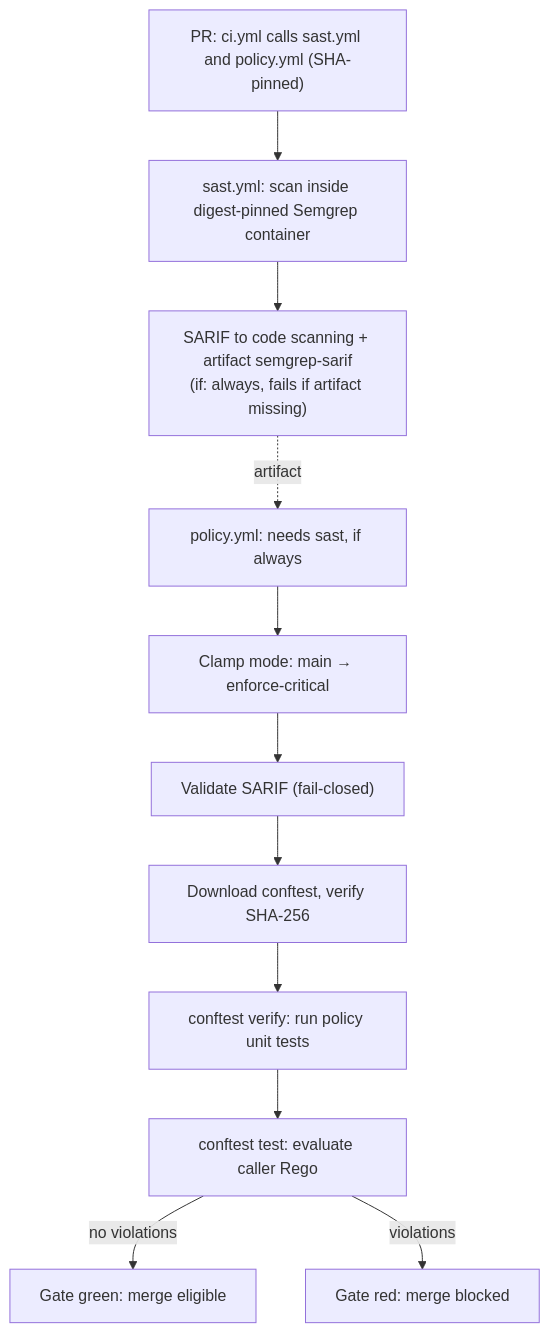
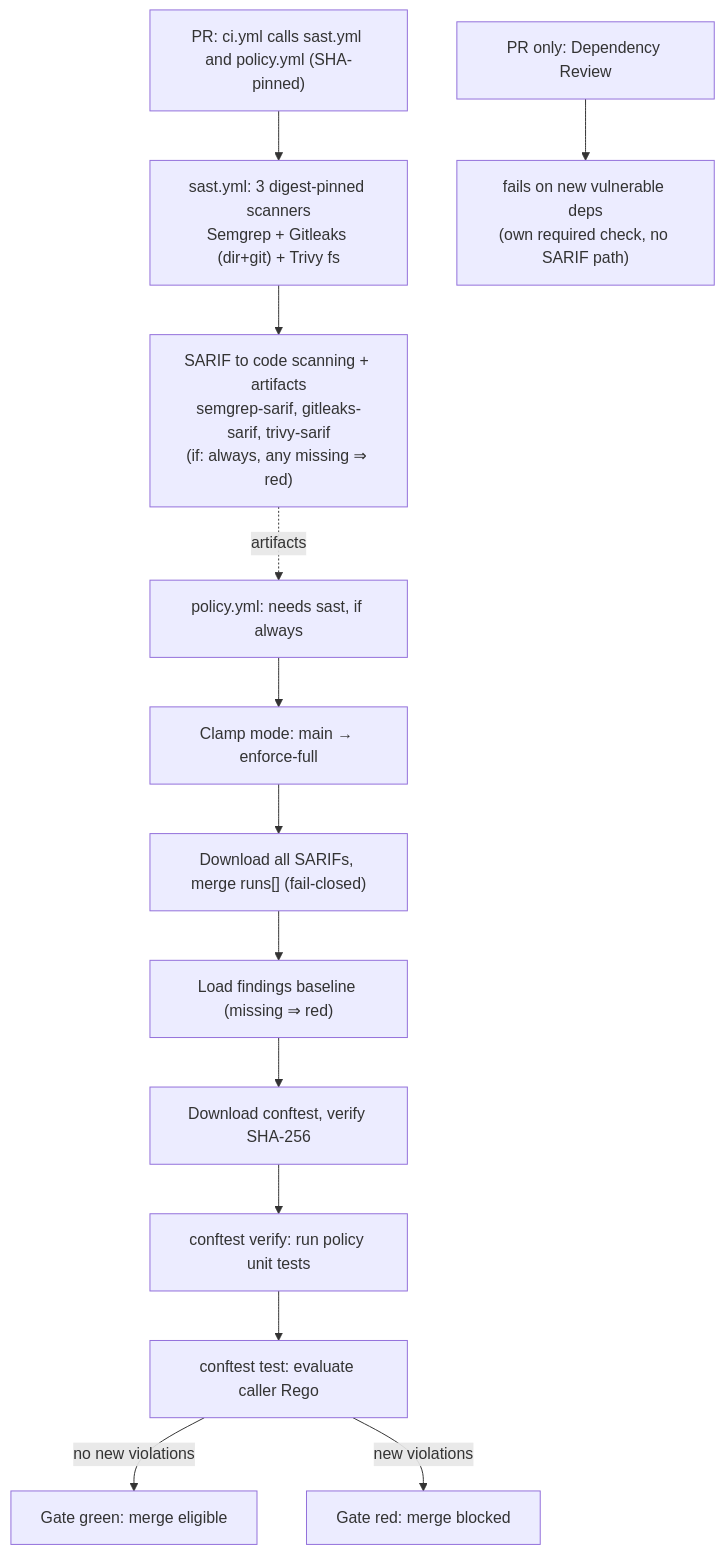
One commit to enofei/reusable-build-test changed the second of 2 diagrams in README.md. Above: the diagram before and after it, drawn with Mermaid. The commit also changed other lines of this file and 2 other files, not shown here.

First line of the commit message:
feat: add gitleaks, trivy, dependency-review scanners; multi-artifact gate with baseline

````diff
--- a/README.md
+++ b/README.md
@@ -57,13 +57,15 @@
 ```mermaid
 flowchart TD
-    A["PR: ci.yml calls sast.yml and policy.yml (SHA-pinned)"] --> B["sast.yml: scan inside digest-pinned Semgrep container"]
-    B --> C["SARIF to code scanning + artifact semgrep-sarif<br/>(if: always, fails if artifact missing)"]
-    D["policy.yml: needs sast, if always"] --> E["Clamp mode: main → enforce-critical"]
-    E --> F["Validate SARIF (fail-closed)"]
-    F --> G["Download conftest, verify SHA-256"]
-    G --> H["conftest verify: run policy unit tests"]
-    H --> I["conftest test: evaluate caller Rego"]
-    C -. artifact .-> D
-    I -->|no violations| J["Gate green: merge eligible"]
-    I -->|violations| K["Gate red: merge blocked"]
+    A["PR: ci.yml calls sast.yml and policy.yml (SHA-pinned)"] --> B["sast.yml: 3 digest-pinned scanners<br/>Semgrep + Gitleaks (dir+git) + Trivy fs"]
+    A2["PR only: Dependency Review"] --> B2["fails on new vulnerable deps<br/>(own required check, no SARIF path)"]
+    B --> C["SARIF to code scanning + artifacts<br/>semgrep-sarif, gitleaks-sarif, trivy-sarif<br/>(if: always, any missing ⇒ red)"]
+    D["policy.yml: needs sast, if always"] --> E["Clamp mode: main → enforce-full"]
+    E --> F["Download all SARIFs, merge runs[] (fail-closed)"]
+    F --> G["Load findings baseline (missing ⇒ red)"]
+    G --> H["Download conftest, verify SHA-256"]
+    H --> I["conftest verify: run policy unit tests"]
+    I --> J["conftest test: evaluate caller Rego"]
+    C -. artifacts .-> D
+    J -->|no new violations| K["Gate green: merge eligible"]
+    J -->|new violations| L["Gate red: merge blocked"]
 ```
````
